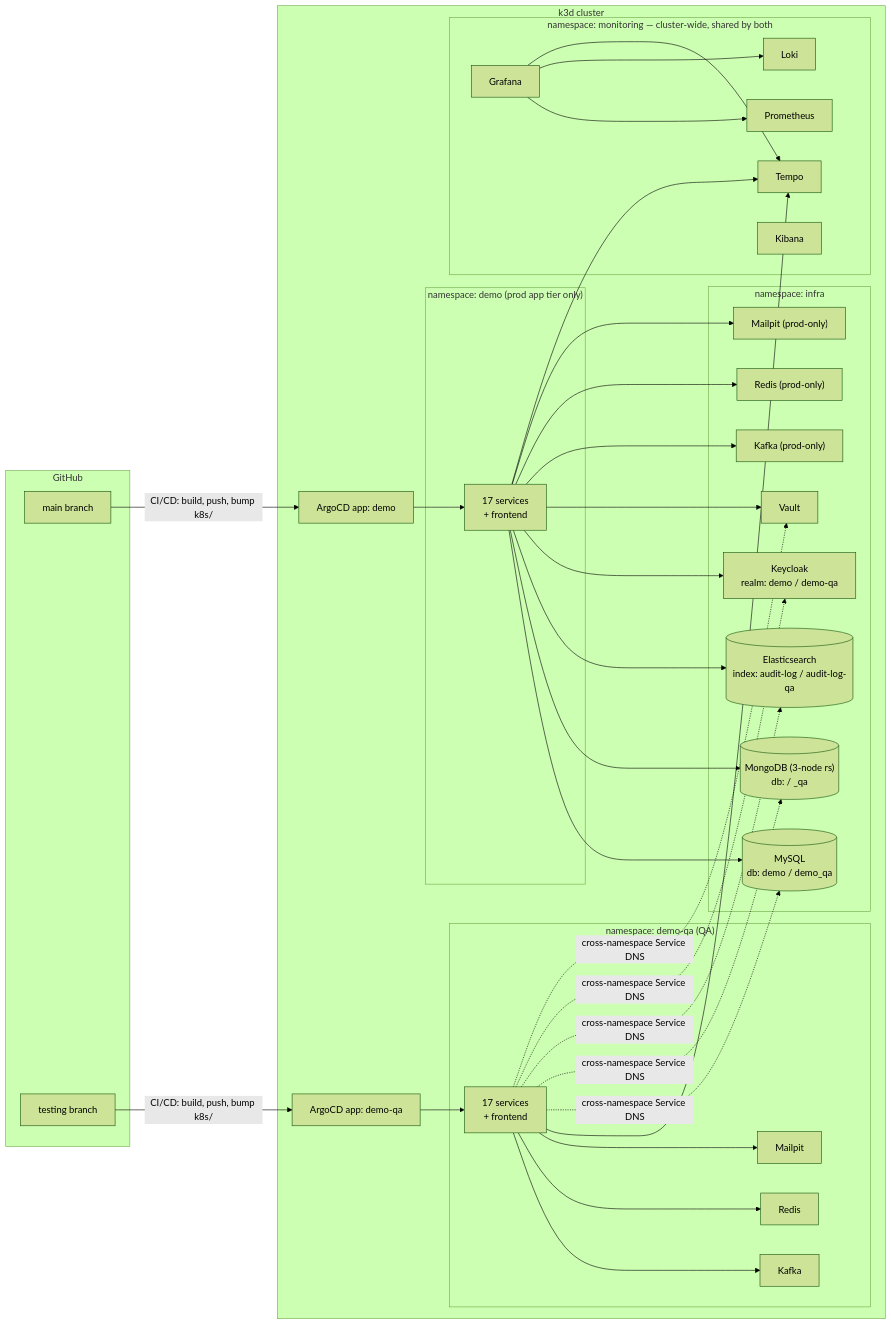
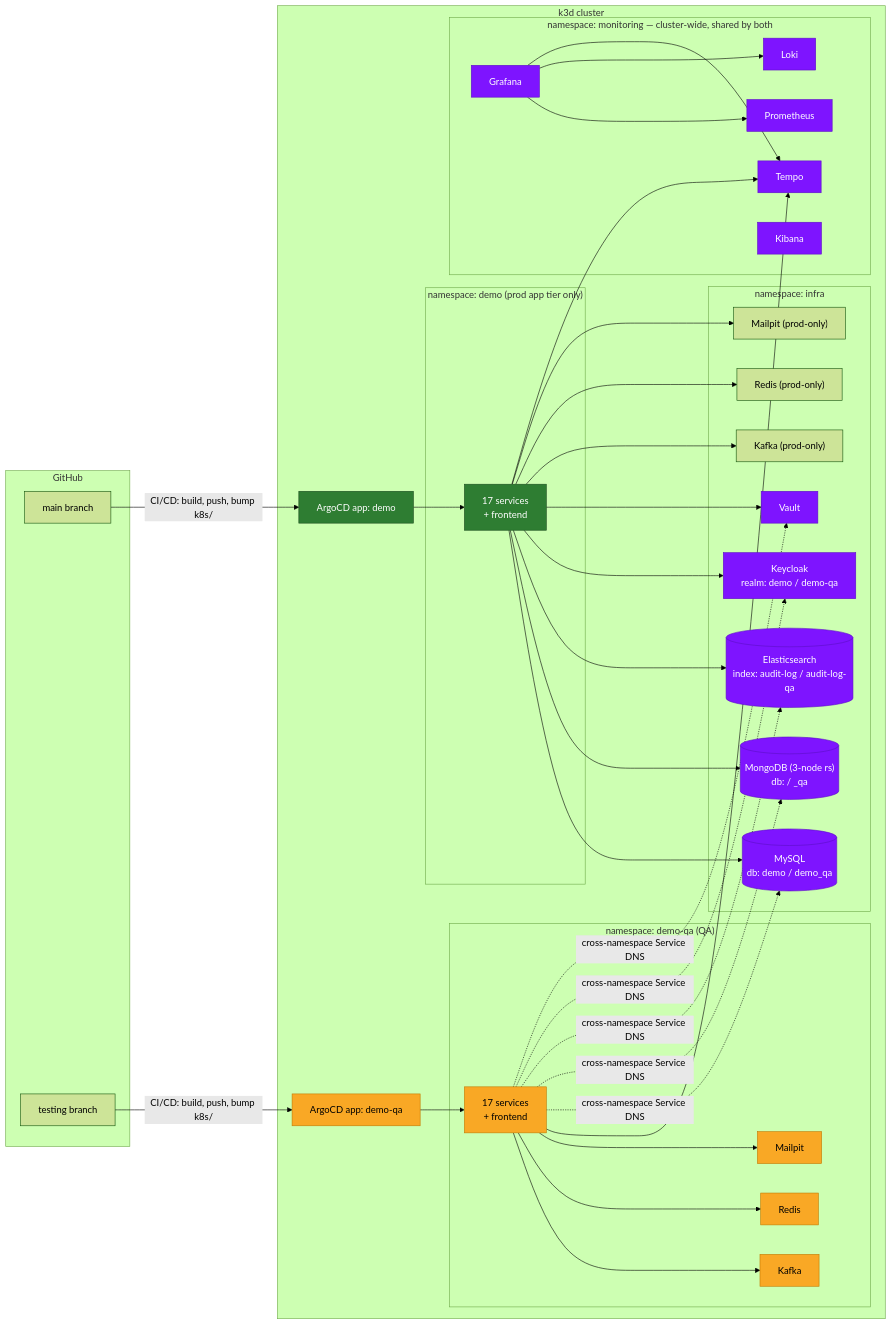
The fourth of 5 diagrams in README.md (wilbertjoosen/demo), drawn with Mermaid (forest theme) before and after one commit. The commit also changed other lines of this file, not shown here.

First line of the commit message:
docs(readme): redesign for scannability — diagrams, stack table, gate-by-gate CI/CD

````diff
--- a/README.md
+++ b/README.md
@@ -395,48 +550,55 @@
 ```mermaid
 flowchart LR
     subgraph GIT["GitHub"]
         MAIN["main branch"]
         TEST["testing branch"]
     end
 
     subgraph K8S["k3d cluster"]
         subgraph DEMO["namespace: demo (prod app tier only)"]
             APPS_PROD["17 services\n+ frontend"]
         end
         subgraph DEMOQA["namespace: demo-qa (QA)"]
             APPS_QA["17 services\n+ frontend"]
             KAFKA_QA["Kafka"]
             REDIS_QA["Redis"]
             MAILPIT_QA["Mailpit"]
         end
         subgraph INFRA["namespace: infra"]
             MYSQL[("MySQL\ndb: demo / demo_qa")]
             MONGO[("MongoDB (3-node rs)\ndb: <svc> / <svc>_qa")]
             ES[("Elasticsearch\nindex: audit-log / audit-log-qa")]
             KC["Keycloak\nrealm: demo / demo-qa"]
             VAULT["Vault"]
             KAFKA_PROD["Kafka (prod-only)"]
             REDIS_PROD["Redis (prod-only)"]
             MAILPIT_PROD["Mailpit (prod-only)"]
         end
         subgraph MON["namespace: monitoring — cluster-wide, shared by both"]
             PROM_K8S["Prometheus"]
             LOKI_K8S["Loki"]
             TEMPO_K8S["Tempo"]
             GRAFANA["Grafana"]
             KIBANA_K8S["Kibana"]
         end
         ARGO_PROD["ArgoCD app: demo"]
         ARGO_QA["ArgoCD app: demo-qa"]
     end
 
     MAIN -- "CI/CD: build, push, bump k8s/" --> ARGO_PROD
     TEST -- "CI/CD: build, push, bump k8s/" --> ARGO_QA
     ARGO_PROD --> APPS_PROD
     ARGO_QA --> APPS_QA
 
     APPS_PROD --> MYSQL & MONGO & ES & KC & VAULT & KAFKA_PROD & REDIS_PROD & MAILPIT_PROD & TEMPO_K8S
     APPS_QA --> KAFKA_QA & REDIS_QA & MAILPIT_QA & TEMPO_K8S
     APPS_QA -. "cross-namespace Service DNS" .-> MYSQL & MONGO & ES & KC & VAULT
     GRAFANA --> PROM_K8S & LOKI_K8S & TEMPO_K8S
+
+    classDef prod fill:#2e7d32,color:#fff,stroke:#1b4d1e
+    classDef qa fill:#f9a825,color:#000,stroke:#c17900
+    classDef shared fill:#7e14ff,color:#fff,stroke:#5c0fc7
+    class APPS_PROD,ARGO_PROD prod
+    class APPS_QA,ARGO_QA,KAFKA_QA,REDIS_QA,MAILPIT_QA qa
+    class MYSQL,MONGO,ES,KC,VAULT,PROM_K8S,LOKI_K8S,TEMPO_K8S,GRAFANA,KIBANA_K8S shared
 ```
````
